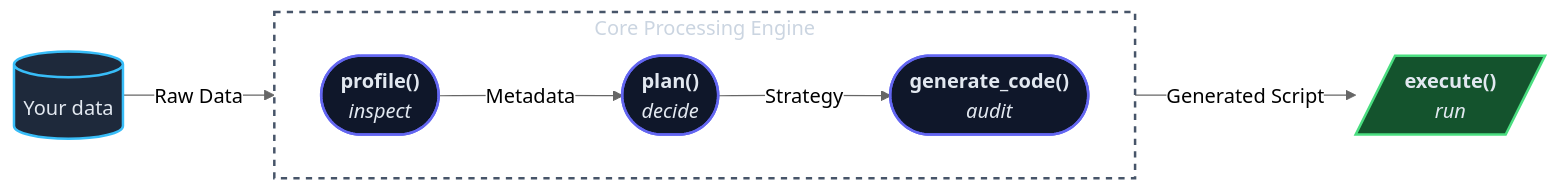
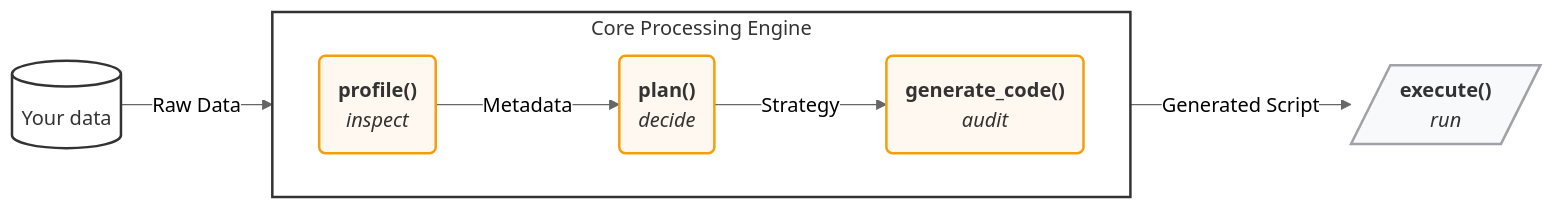
The diagram in docs/README.md (skforecast/skforecast-ai), drawn with Mermaid (neutral theme) before and after one commit. The commit also changed other lines of this file and 4 other files, not shown here.

````diff
--- a/docs/README.md
+++ b/docs/README.md
@@ -83,23 +81,23 @@
 ```mermaid
 flowchart LR
     %% Input
     A[("Your data")]:::data -->|Raw Data| B
 
     %% Core Pipeline Grouping
     subgraph Engine ["Core Processing Engine"]
         direction LR
-        B(["`**profile()**<br/>*inspect*`"]):::stage -->|Metadata| C(["`**plan()**<br/>*decide*`"]):::stage
-        C -->|Strategy| D(["`**generate_code()**<br/>*audit*`"]):::stage
+        B("`**profile()**<br/>*inspect*`"):::stage -->|Metadata| C("`**plan()**<br/>*decide*`"):::stage
+        C -->|Strategy| D("`**generate_code()**<br/>*audit*`"):::stage
     end
 
     %% Output
     D -->|Generated Script| E[/"`**execute()**<br/>*run*`"/]:::output
 
-    %% Styling
-    classDef data    fill:#1e293b,stroke:#38bdf8,stroke-width:2px,color:#e2e8f0
-    classDef stage   fill:#0f172a,stroke:#6366f1,stroke-width:2px,color:#e2e8f0
-    classDef output  fill:#14532d,stroke:#4ade80,stroke-width:2px,color:#e2e8f0
+    %% Styling (Based on uploaded skforecast architecture image)
+    classDef data    fill:#ffffff,stroke:#333333,stroke-width:2px,color:#333333
+    classDef stage   fill:#fff8f0,stroke:#f59e0b,stroke-width:2px,color:#333333
+    classDef output  fill:#f8f9fa,stroke:#a1a1aa,stroke-width:2px,color:#333333
     
     %% Subgraph Styling
-    style Engine fill:transparent,stroke:#475569,stroke-width:2px,stroke-dasharray: 5 5,color:#cbd5e1
+    style Engine fill:transparent,stroke:#333333,stroke-width:2px,color:#333333
 ```
````
